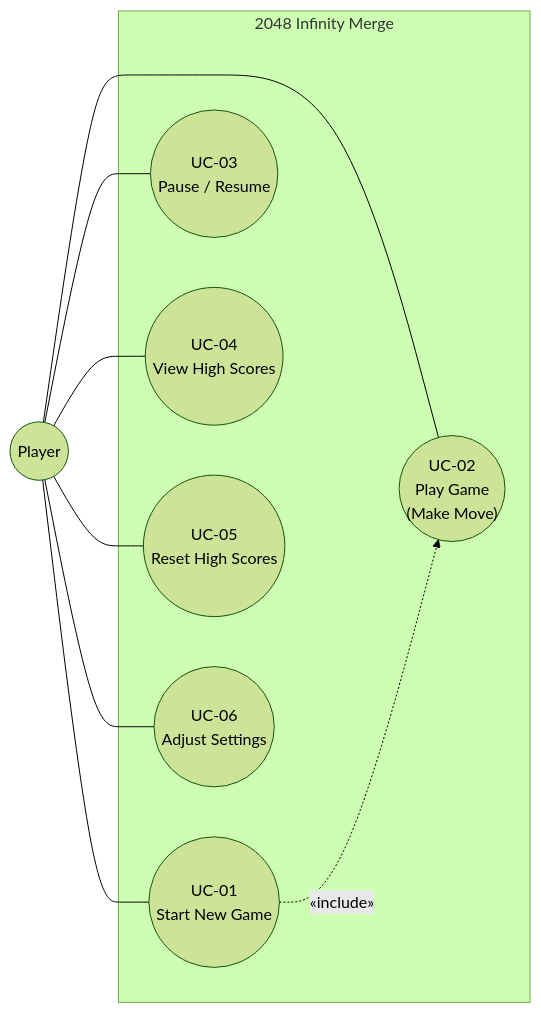
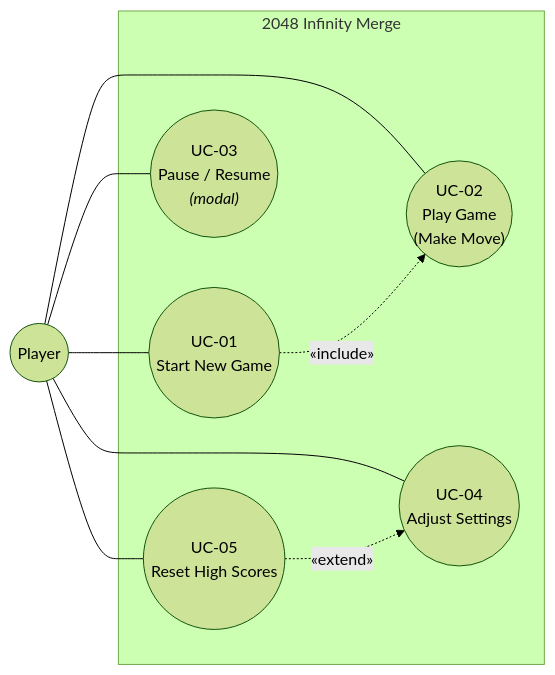
One commit to LeThaiAn15112004/2048-Infinity-Merge changed the third of 3 diagrams in Docs/software_requirement.md. Above: the diagram before and after it, drawn with Mermaid (forest theme). The commit also changed other lines of this file, not shown here.

````diff
--- a/Docs/software_requirement.md
+++ b/Docs/software_requirement.md
@@ -73,22 +70,21 @@
 ```mermaid
 flowchart LR
     Player(("Player"))
 
     subgraph System["2048 Infinity Merge"]
         UC1(("UC-01<br/>Start New Game"))
         UC2(("UC-02<br/>Play Game<br/>(Make Move)"))
-        UC3(("UC-03<br/>Pause / Resume"))
-        UC4(("UC-04<br/>View High Scores"))
+        UC3(("UC-03<br/>Pause / Resume<br/><i>(modal)</i>"))
+        UC4(("UC-04<br/>Adjust Settings"))
         UC5(("UC-05<br/>Reset High Scores"))
-        UC6(("UC-06<br/>Adjust Settings"))
     end
 
     Player --- UC1
     Player --- UC2
     Player --- UC3
     Player --- UC4
     Player --- UC5
-    Player --- UC6
 
     UC1 -. "&laquo;include&raquo;" .-> UC2
+    UC5 -. "&laquo;extend&raquo;" .-> UC4
 ```
````
